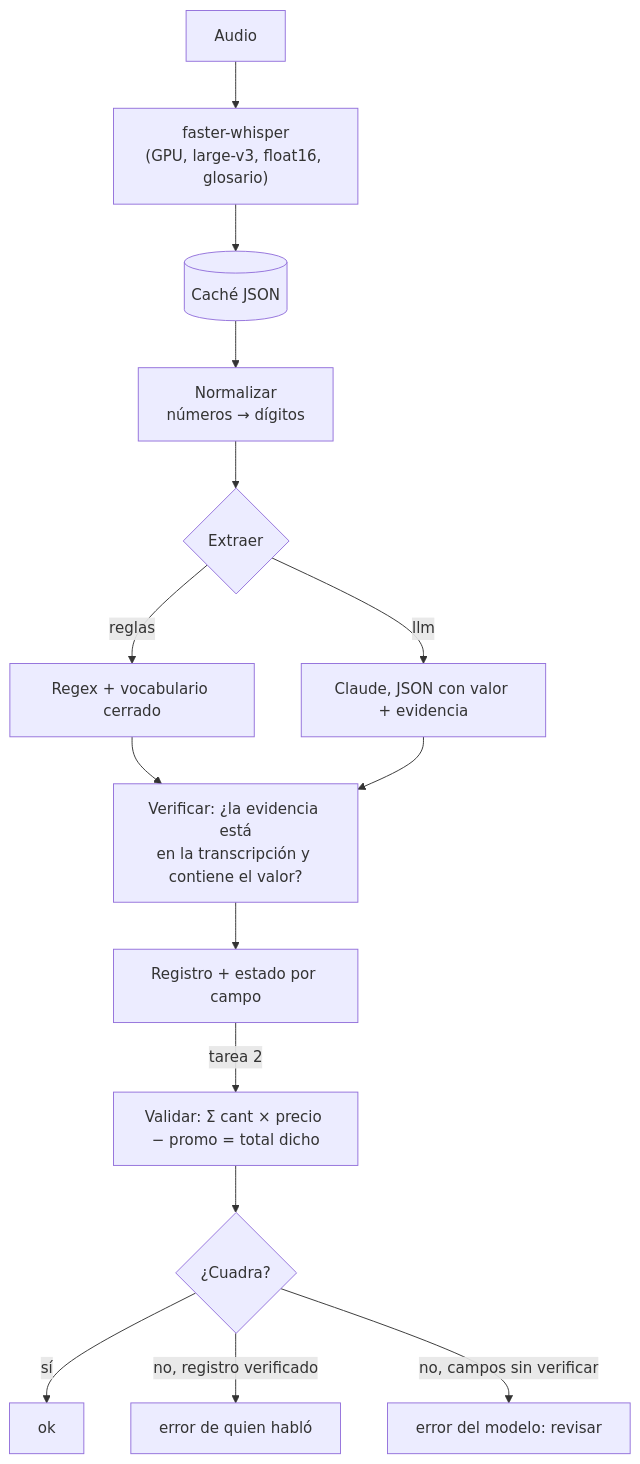
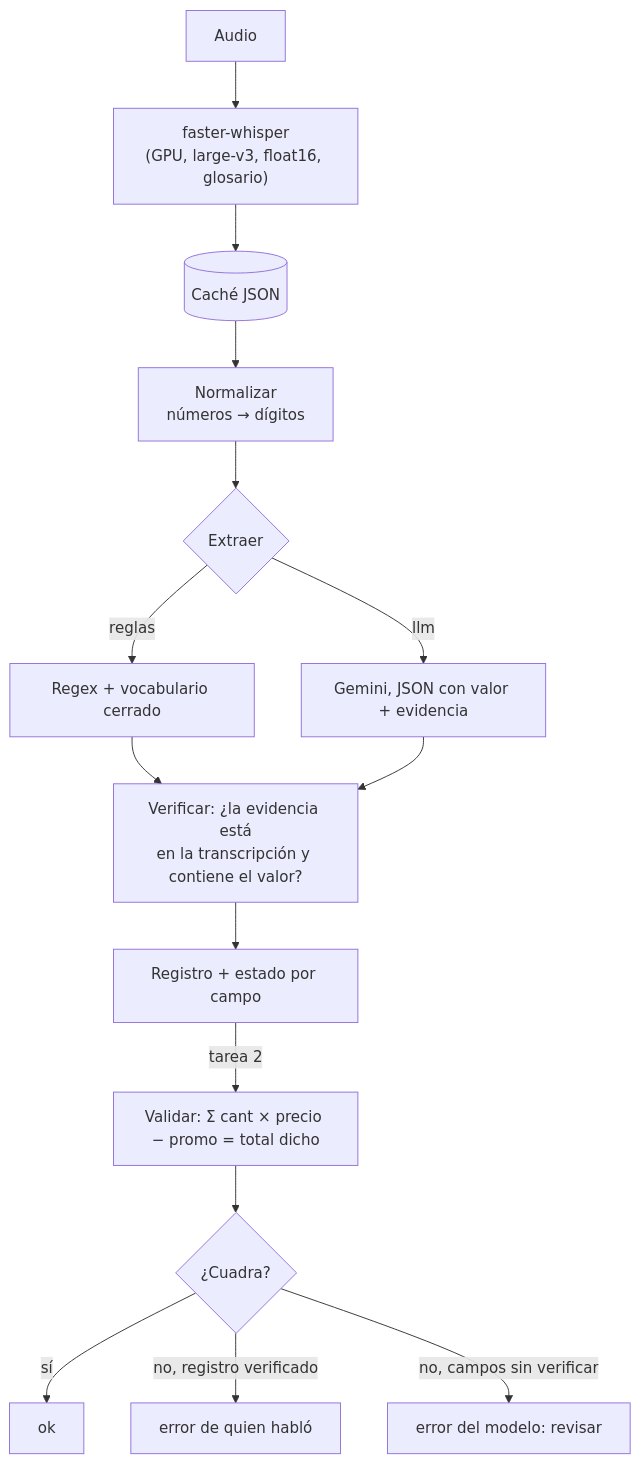
The diagram in docs/pipeline.md (karelysscs/Practica_05), drawn with Mermaid before and after one commit. The commit also changed other lines of this file and 41 other files, not shown here.

Commit message:
Extracción con Gemini (plan gratuito): resultados, comparación con reglas y pipeline actualizado

````diff
--- a/docs/pipeline.md
+++ b/docs/pipeline.md
@@ -19,17 +19,17 @@
 ```mermaid
 flowchart TB
   A[Audio] --> B["faster-whisper<br/>(GPU, large-v3, float16, glosario)"]
   B --> C[(Caché JSON)]
   C --> D["Normalizar<br/>números → dígitos"]
   D --> E{Extraer}
   E -->|reglas| F[Regex + vocabulario cerrado]
-  E -->|llm| G[Claude, JSON con valor + evidencia]
+  E -->|llm| G[Gemini, JSON con valor + evidencia]
   F --> H["Verificar: ¿la evidencia está<br/>en la transcripción y contiene el valor?"]
   G --> H
   H --> I[Registro + estado por campo]
   I -->|tarea 2| J["Validar: Σ cant × precio − promo = total dicho"]
   J --> K{"¿Cuadra?"}
   K -->|sí| L[ok]
   K -->|no, registro verificado| M[error de quien habló]
   K -->|no, campos sin verificar| N[error del modelo: revisar]
 ```
````
